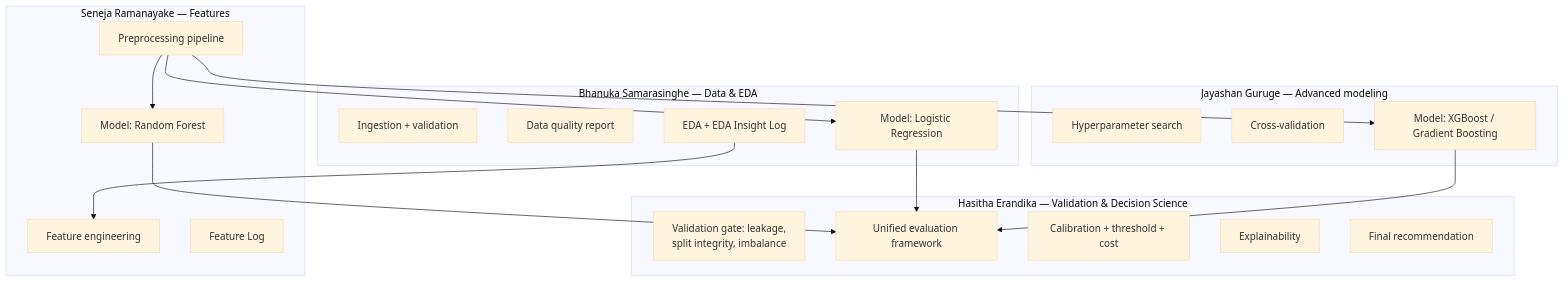
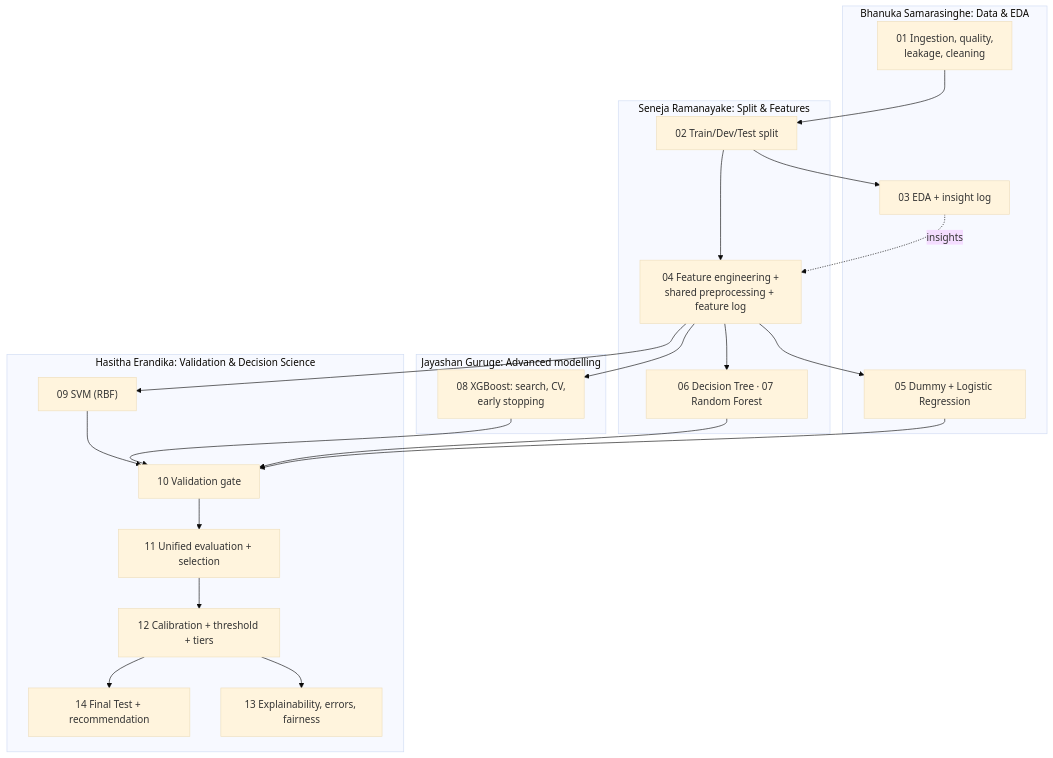
The third of 3 diagrams in docs/02-workflow-and-architecture.md (HasithaErandika/hotel-booking-cancellation-ml), drawn with Mermaid (base theme) before and after one commit. The commit also changed other lines of this file and 80 other files, not shown here.

````diff
--- a/docs/02-workflow-and-architecture.md
+++ b/docs/02-workflow-and-architecture.md
@@ -63,35 +72,30 @@
 ```mermaid
 flowchart TD
-    subgraph M1["Bhanuka Samarasinghe — Data & EDA"]
-        M1A[Ingestion + validation]
-        M1B[Data quality report]
-        M1C[EDA + EDA Insight Log]
-        M1D["Model: Logistic Regression"]
+    subgraph M1["Bhanuka Samarasinghe: Data & EDA"]
+        M1A[01 Ingestion, quality,\nleakage, cleaning]
+        M1C[03 EDA + insight log]
+        M1D["05 Dummy + Logistic Regression"]
     end
-    subgraph M2["Seneja Ramanayake — Features"]
-        M2A[Feature engineering]
-        M2B[Preprocessing pipeline]
-        M2C[Feature Log]
-        M2D["Model: Random Forest"]
+    subgraph M2["Seneja Ramanayake: Split & Features"]
+        M2S[02 Train/Dev/Test split]
+        M2A[04 Feature engineering +\nshared preprocessing + feature log]
+        M2D["06 Decision Tree · 07 Random Forest"]
     end
-    subgraph M3["Jayashan Guruge — Advanced modeling"]
-        M3A[Hyperparameter search]
-        M3B[Cross-validation]
-        M3C["Model: XGBoost / Gradient Boosting"]
+    subgraph M3["Jayashan Guruge: Advanced modelling"]
+        M3C["08 XGBoost: search, CV,\nearly stopping"]
     end
-    subgraph M4["Hasitha Erandika — Validation & Decision Science"]
-        M4A[Validation gate: leakage,\nsplit integrity, imbalance]
-        M4B[Unified evaluation framework]
-        M4C[Calibration + threshold + cost]
-        M4D[Explainability]
-        M4E[Final recommendation]
+    subgraph M4["Hasitha Erandika: Validation & Decision Science"]
+        M4S["09 SVM (RBF)"]
+        M4A[10 Validation gate]
+        M4B[11 Unified evaluation + selection]
+        M4C[12 Calibration + threshold + tiers]
+        M4D[13 Explainability, errors, fairness]
+        M4E[14 Final Test + recommendation]
     end
 
-    M1D --> M4B
-    M2D --> M4B
-    M3C --> M4B
-    M1C --> M2A
-    M2B --> M1D
-    M2B --> M2D
-    M2B --> M3C
+    M1A --> M2S --> M1C
+    M2S --> M2A
+    M1C -.insights.-> M2A
+    M2A --> M1D & M2D & M3C & M4S
+    M1D & M2D & M3C & M4S --> M4A --> M4B --> M4C --> M4D & M4E
 ```
````
